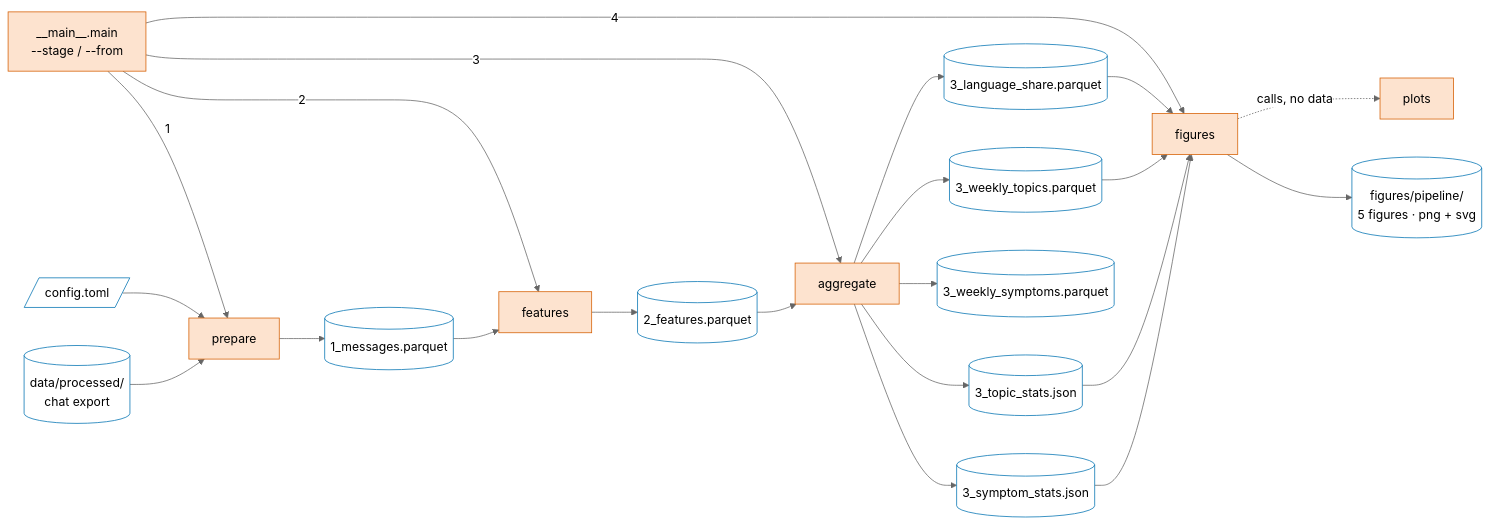
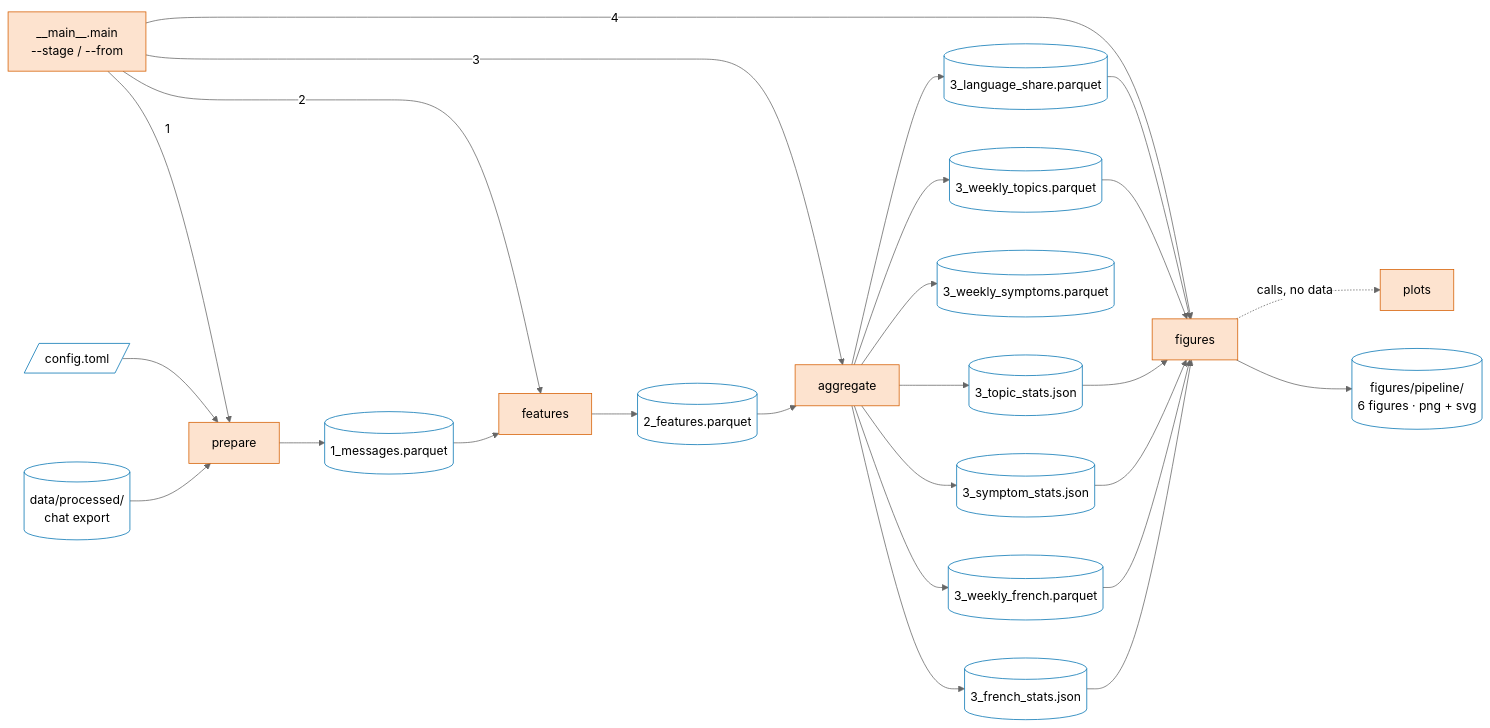
Before and after one commit to RoosCocolien/MADS-DAV: the second of 2 diagrams in roos_pipeline/README.md, drawn with Mermaid (neutral theme). The commit also changed other lines of this file and 11 other files, not shown here.

Commit message:
[les5]: add fam lang fewer words visualisation and code to pipeline

````diff
--- a/roos_pipeline/README.md
+++ b/roos_pipeline/README.md
@@ -94,40 +107,42 @@
 ```mermaid
 flowchart LR
     main["__main__.main<br/>--stage / --from"]
     cfg[/"config.toml"/]
     raw[("data/processed/<br/>chat export")]
 
     prepare["prepare"]
     features["features"]
     aggregate["aggregate"]
     figures["figures"]
     plots["plots"]
 
     m1[("1_messages.parquet")]
     f2[("2_features.parquet")]
     t_lang[("3_language_share.parquet")]
     t_top[("3_weekly_topics.parquet")]
     t_tstat[("3_topic_stats.json")]
     t_sym[("3_weekly_symptoms.parquet")]
     t_sstat[("3_symptom_stats.json")]
-    out[("figures/pipeline/<br/>5 figures · png + svg")]
+    t_fr[("3_weekly_french.parquet")]
+    t_frstat[("3_french_stats.json")]
+    out[("figures/pipeline/<br/>6 figures · png + svg")]
 
     main -- "1" --> prepare
     main -- "2" --> features
     main -- "3" --> aggregate
     main -- "4" --> figures
 
     cfg --> prepare
     raw --> prepare --> m1
     m1 --> features --> f2
     f2 --> aggregate
-    aggregate --> t_lang & t_top & t_tstat & t_sym & t_sstat
-    t_lang & t_top & t_tstat & t_sstat --> figures
+    aggregate --> t_lang & t_top & t_tstat & t_sym & t_sstat & t_fr & t_frstat
+    t_lang & t_top & t_tstat & t_sstat & t_fr & t_frstat --> figures
     figures -. "calls, no data" .-> plots
     figures --> out
 
     classDef code fill:#fde3cf,stroke:#D55E00,color:#000
     classDef file fill:#fff,stroke:#0072B2,color:#000
     class main,prepare,features,aggregate,figures,plots code
-    class cfg,raw,m1,f2,t_lang,t_top,t_tstat,t_sym,t_sstat,out file
+    class cfg,raw,m1,f2,t_lang,t_top,t_tstat,t_sym,t_sstat,t_fr,t_frstat,out file
 ```
````
